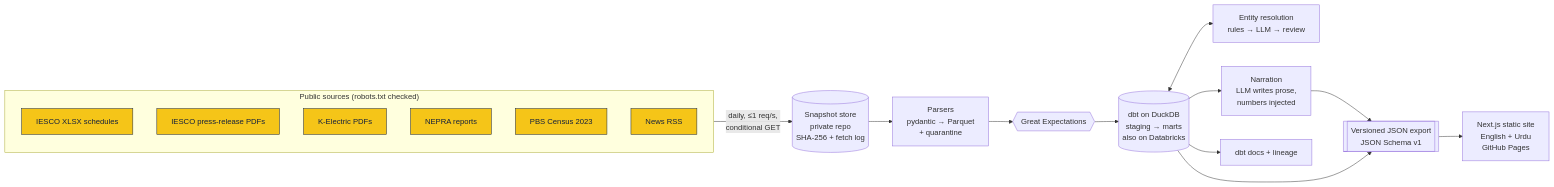
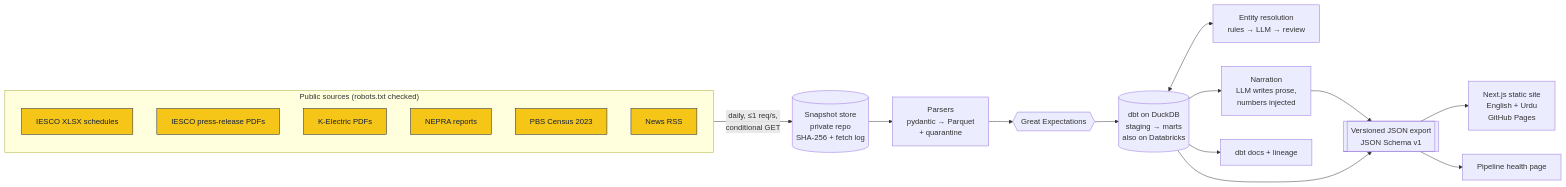
The diagram in README.md (azzammasood/roshni-pipeline), drawn with Mermaid before and after one commit. The commit also changed other lines of this file and 1 other file, not shown here.

First line of the commit message:
docs: README leads with the diagram, the why and measured impact

````diff
--- a/README.md
+++ b/README.md
@@ -26,26 +14,28 @@
 ```mermaid
 flowchart LR
   subgraph Sources["Public sources (robots.txt checked)"]
     A1[IESCO XLSX schedules]:::src
     A2[IESCO press-release PDFs]:::src
     A3[K-Electric PDFs]:::src
     A4[NEPRA reports]:::src
     A5[PBS Census 2023]:::src
     A6[News RSS]:::src
   end
   S[(Snapshot store<br/>private repo<br/>SHA-256 + fetch log)]
   P[Parsers<br/>pydantic → Parquet<br/>+ quarantine]
   Q{{Great Expectations}}
   W[(dbt on DuckDB<br/>staging → marts<br/>also on Databricks)]
   R[Entity resolution<br/>rules → LLM → review]
   N[Narration<br/>LLM writes prose,<br/>numbers injected]
   E[[Versioned JSON export<br/>JSON Schema v1]]
   Site[Next.js static site<br/>English + Urdu<br/>GitHub Pages]
   Docs[dbt docs + lineage]
+  H[Pipeline health page]
   Sources -->|daily, ≤1 req/s,<br/>conditional GET| S --> P --> Q --> W
   W <--> R
   W --> N --> E
   W --> E --> Site
   W --> Docs
+  E --> H
   classDef src fill:#f5c518,color:#14213d,stroke:#14213d
 ```
````
